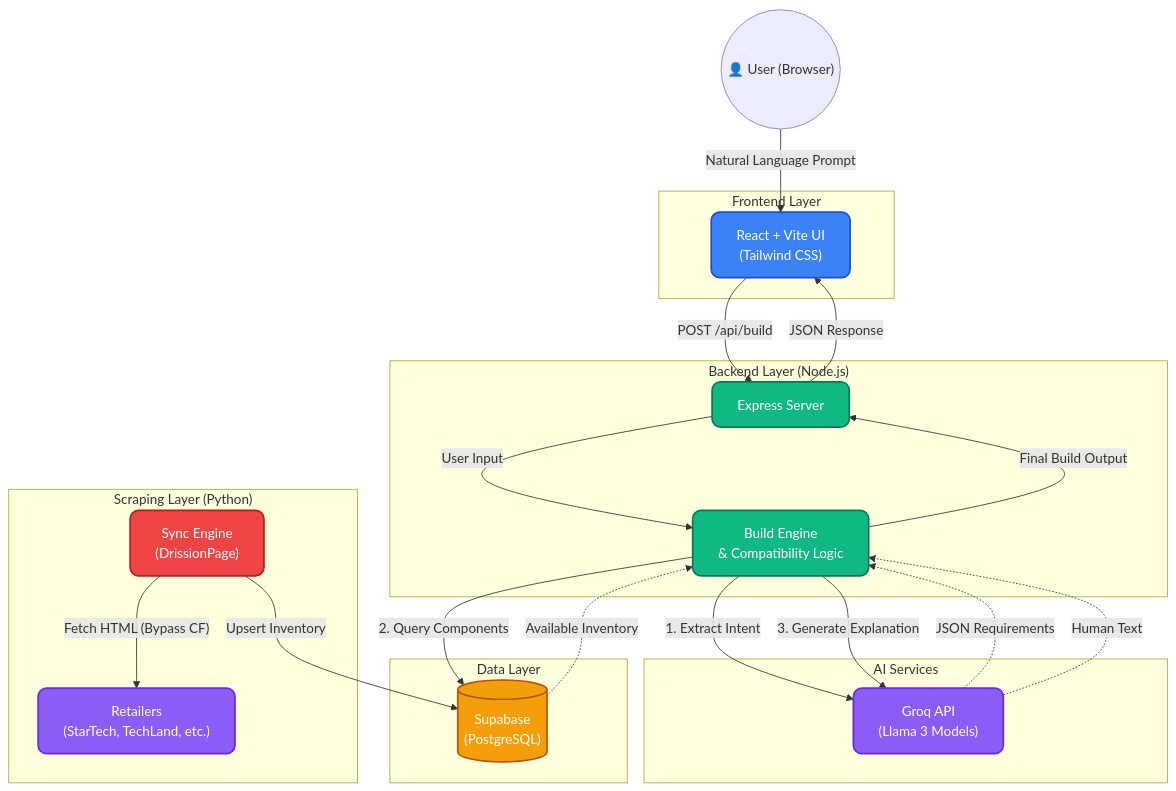
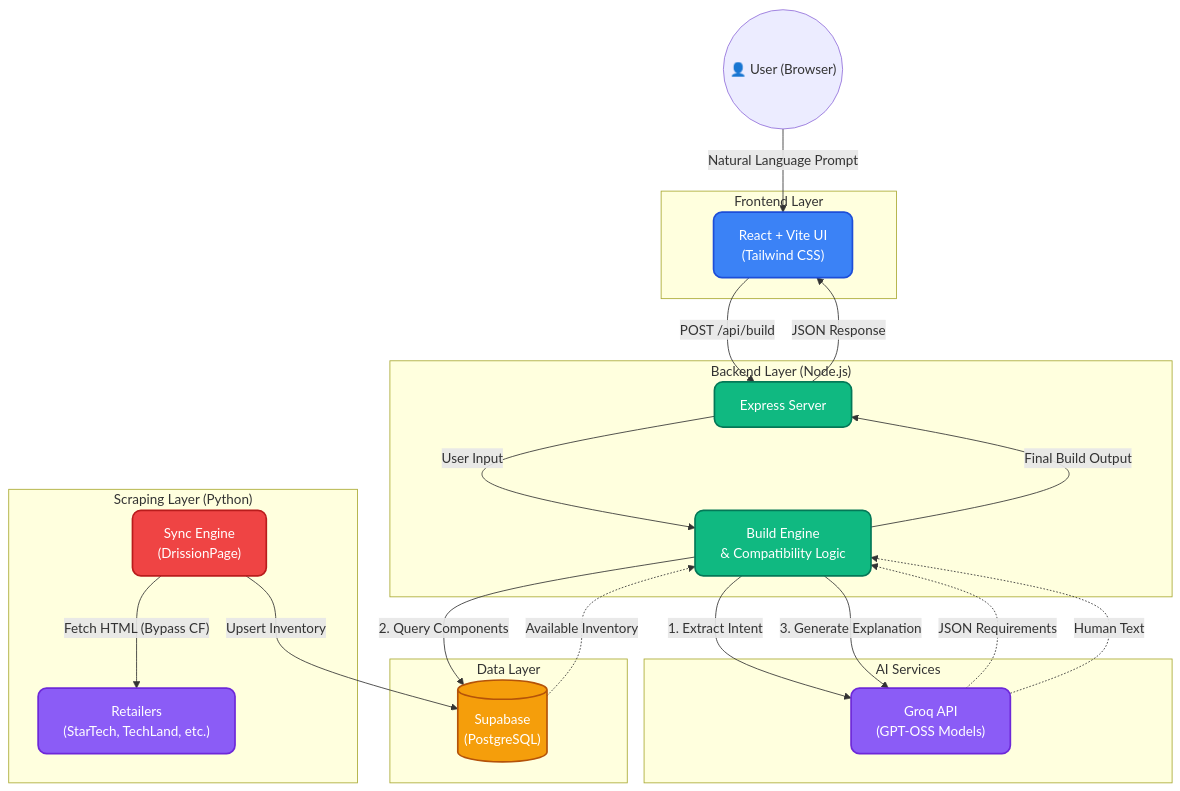
One commit to sheikhhossainn/pcbuilding-agent changed the diagram in README.md. Above: the diagram before and after it, drawn with Mermaid. The commit also changed other lines of this file and 2 other files, not shown here.

Commit message:
feat: changed AI models to GPT OSS 120B and 20B

````diff
--- a/README.md
+++ b/README.md
@@ -83,54 +83,54 @@
 ```mermaid
 graph TD
     %% Define Styles
     classDef frontend fill:#3b82f6,stroke:#1d4ed8,stroke-width:2px,color:#fff,rx:10px,ry:10px;
     classDef backend fill:#10b981,stroke:#047857,stroke-width:2px,color:#fff,rx:10px,ry:10px;
     classDef database fill:#f59e0b,stroke:#b45309,stroke-width:2px,color:#fff,rx:10px,ry:10px;
     classDef external fill:#8b5cf6,stroke:#6d28d9,stroke-width:2px,color:#fff,rx:10px,ry:10px;
     classDef scraper fill:#ef4444,stroke:#b91c1c,stroke-width:2px,color:#fff,rx:10px,ry:10px;
 
     %% Nodes
     User(("👤 User (Browser)"))
     
     subgraph "Frontend Layer"
         UI["React + Vite UI<br/>(Tailwind CSS)"]:::frontend
     end
     
     subgraph "Backend Layer (Node.js)"
         API["Express Server"]:::backend
         Engine["Build Engine<br/>& Compatibility Logic"]:::backend
     end
     
     subgraph "Data Layer"
         DB[("Supabase<br/>(PostgreSQL)")]:::database
     end
     
     subgraph "Scraping Layer (Python)"
         Scraper["Sync Engine<br/>(DrissionPage)"]:::scraper
         Sites["Retailers<br/>(StarTech, TechLand, etc.)"]:::external
     end
     
     subgraph "AI Services"
-        Groq["Groq API<br/>(Llama 3 Models)"]:::external
+        Groq["Groq API<br/>(GPT-OSS Models)"]:::external
     end
 
     %% Connections
     User -- "Natural Language Prompt" --> UI
     UI -- "POST /api/build" --> API
     
     API -- "User Input" --> Engine
     Engine -- "1. Extract Intent" --> Groq
     Groq -. "JSON Requirements" .-> Engine
     
     Engine -- "2. Query Components" --> DB
     DB -. "Available Inventory" .-> Engine
     
     Engine -- "3. Generate Explanation" --> Groq
     Groq -. "Human Text" .-> Engine
     
     Engine -- "Final Build Output" --> API
     API -- "JSON Response" --> UI
     
     Scraper -- "Fetch HTML (Bypass CF)" --> Sites
     Scraper -- "Upsert Inventory" --> DB
 ```
````
